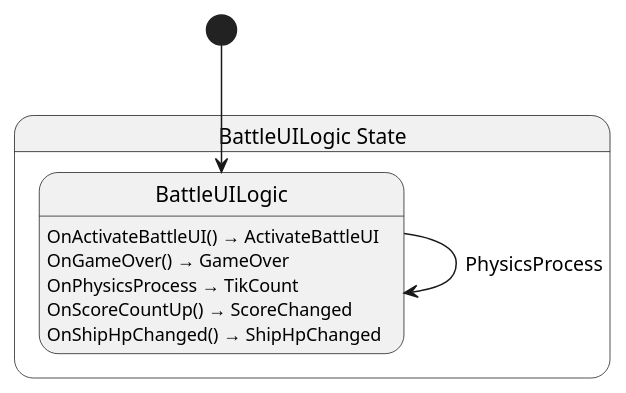
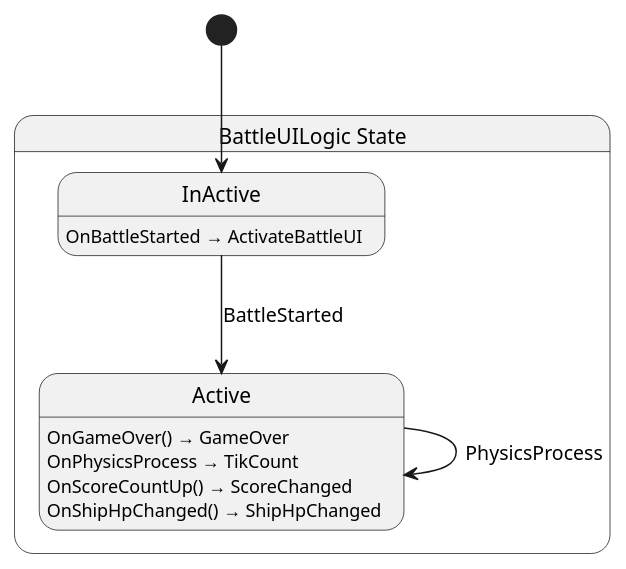
Before and after one commit to Ygoat/EternalJourney: the diagram in src/battle_ui/state/BattleUILogic.g.puml, drawn with PlantUML. The commit also changed 34 other files, not shown here.

```diff
--- a/src/battle_ui/state/BattleUILogic.g.puml
+++ b/src/battle_ui/state/BattleUILogic.g.puml
@@ -1,15 +1,17 @@
 @startuml BattleUILogic
 state "BattleUILogic State" as EternalJourney_BattleUI_State_BattleUILogic_State {
-  state "BattleUILogic" as EternalJourney_BattleUI_State_BattleUILogic_State_BattleUILogic
+  state "InActive" as EternalJourney_BattleUI_State_BattleUILogic_State_InActive
+  state "Active" as EternalJourney_BattleUI_State_BattleUILogic_State_Active
 }
 
-EternalJourney_BattleUI_State_BattleUILogic_State_BattleUILogic --> EternalJourney_BattleUI_State_BattleUILogic_State_BattleUILogic : PhysicsProcess
+EternalJourney_BattleUI_State_BattleUILogic_State_Active --> EternalJourney_BattleUI_State_BattleUILogic_State_Active : PhysicsProcess
+EternalJourney_BattleUI_State_BattleUILogic_State_InActive --> EternalJourney_BattleUI_State_BattleUILogic_State_Active : BattleStarted
 
-EternalJourney_BattleUI_State_BattleUILogic_State_BattleUILogic : OnActivateBattleUI() → ActivateBattleUI
-EternalJourney_BattleUI_State_BattleUILogic_State_BattleUILogic : OnGameOver() → GameOver
-EternalJourney_BattleUI_State_BattleUILogic_State_BattleUILogic : OnPhysicsProcess → TikCount
-EternalJourney_BattleUI_State_BattleUILogic_State_BattleUILogic : OnScoreCountUp() → ScoreChanged
-EternalJourney_BattleUI_State_BattleUILogic_State_BattleUILogic : OnShipHpChanged() → ShipHpChanged
+EternalJourney_BattleUI_State_BattleUILogic_State_Active : OnGameOver() → GameOver
+EternalJourney_BattleUI_State_BattleUILogic_State_Active : OnPhysicsProcess → TikCount
+EternalJourney_BattleUI_State_BattleUILogic_State_Active : OnScoreCountUp() → ScoreChanged
+EternalJourney_BattleUI_State_BattleUILogic_State_Active : OnShipHpChanged() → ShipHpChanged
+EternalJourney_BattleUI_State_BattleUILogic_State_InActive : OnBattleStarted → ActivateBattleUI
 
-[*] --> EternalJourney_BattleUI_State_BattleUILogic_State_BattleUILogic
+[*] --> EternalJourney_BattleUI_State_BattleUILogic_State_InActive
 @enduml
```
